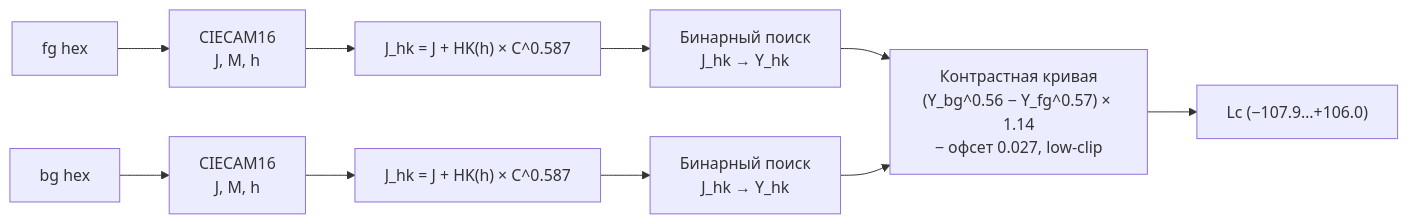
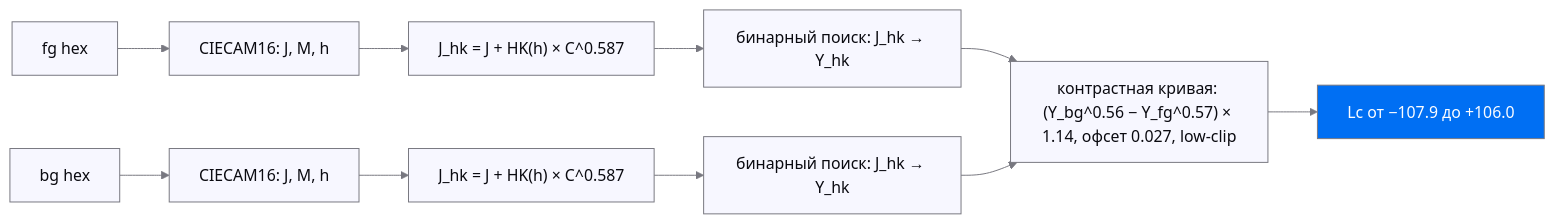
The third of 4 diagrams in README.md (Labpics-Team/lab-colors), drawn with Mermaid before and after one commit. The commit also changed other lines of this file, not shown here.

First line of the commit message:
docs(readme): переписать корневой README — понятность, честность, mermaid-канон (#215)

````diff
--- a/README.md
+++ b/README.md
@@ -124,12 +142,23 @@
 ```mermaid
+%%{init: {'theme':'base','themeVariables':{
+  'lineColor':'#787880','textColor':'#0A0A10',
+  'edgeLabelBackground':'#F7F7FF',
+  'clusterBkg':'transparent','clusterBorder':'#787880'
+}}}%%
 graph LR
-    FG["fg hex"] --> C16_1["CIECAM16\nJ, M, h"]
-    BG["bg hex"] --> C16_2["CIECAM16\nJ, M, h"]
-    C16_1 --> HK1["J_hk = J + HK(h) × C^0.587"]
-    C16_2 --> HK2["J_hk = J + HK(h) × C^0.587"]
-    HK1 --> BIN1["Бинарный поиск\nJ_hk → Y_hk"]
-    HK2 --> BIN2["Бинарный поиск\nJ_hk → Y_hk"]
-    BIN1 --> CURVE2["Контрастная кривая\n(Y_bg^0.56 − Y_fg^0.57) × 1.14\n− офсет 0.027, low-clip"]
+    FG["fg hex"] --> C16a["CIECAM16: J, M, h"]
+    BG["bg hex"] --> C16b["CIECAM16: J, M, h"]
+    C16a --> HK1["J_hk = J + HK(h) × C^0.587"]
+    C16b --> HK2["J_hk = J + HK(h) × C^0.587"]
+    HK1 --> BIN1["бинарный поиск: J_hk → Y_hk"]
+    HK2 --> BIN2["бинарный поиск: J_hk → Y_hk"]
+    BIN1 --> CURVE2["контрастная кривая: (Y_bg^0.56 − Y_fg^0.57) × 1.14, офсет 0.027, low-clip"]
     BIN2 --> CURVE2
-    CURVE2 --> Lc["Lc (−107.9…+106.0)"]
+    CURVE2 --> Lc["Lc от −107.9 до +106.0"]
+
+    classDef node fill:#F7F7FF,stroke:#787880,color:#0A0A10
+    classDef accent fill:#006FF3,stroke:#787880,color:#FCFDFF
+    classDef dark fill:#101012,stroke:#787880,color:#F2F2FC
+    class FG,BG,C16a,C16b,HK1,HK2,BIN1,BIN2,CURVE2 node
+    class Lc accent
 ```
````
